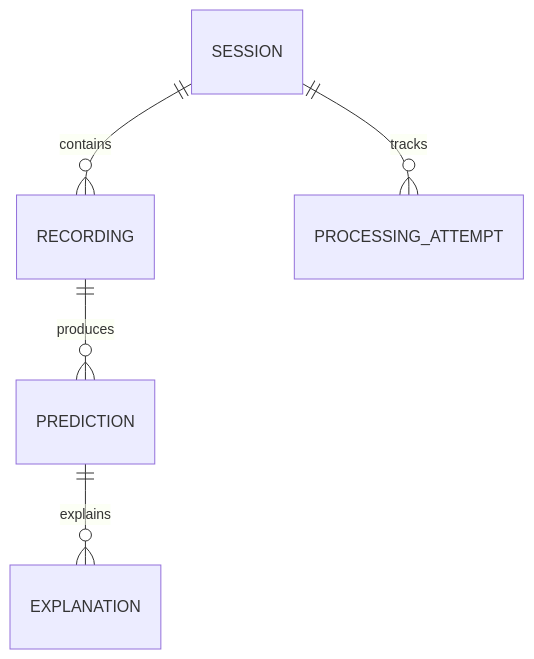
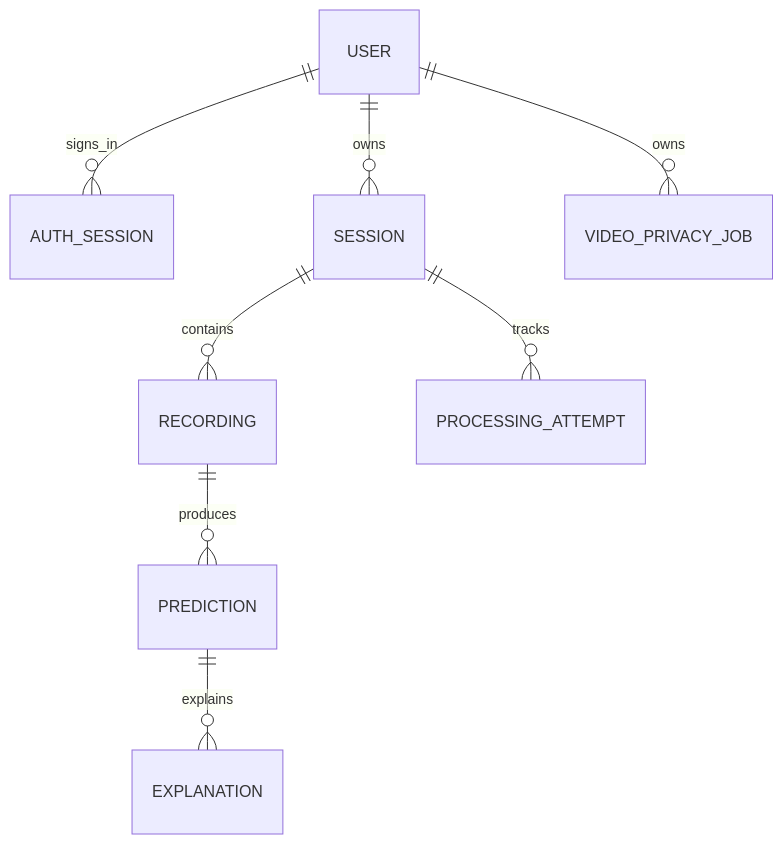
The fourth of 4 diagrams in docs/architecture.md (4ffaad/FYP-MDS01), drawn with Mermaid before and after one commit. The commit also changed other lines of this file and 41 other files, not shown here.

````diff
--- a/docs/architecture.md
+++ b/docs/architecture.md
@@ -80,7 +103,10 @@
 ```mermaid
 erDiagram
+    USER ||--o{ AUTH_SESSION : signs_in
+    USER ||--o{ SESSION : owns
+    USER ||--o{ VIDEO_PRIVACY_JOB : owns
     SESSION ||--o{ RECORDING : contains
     RECORDING ||--o{ PREDICTION : produces
     PREDICTION ||--o{ EXPLANATION : explains
     SESSION ||--o{ PROCESSING_ATTEMPT : tracks
 ```
````
